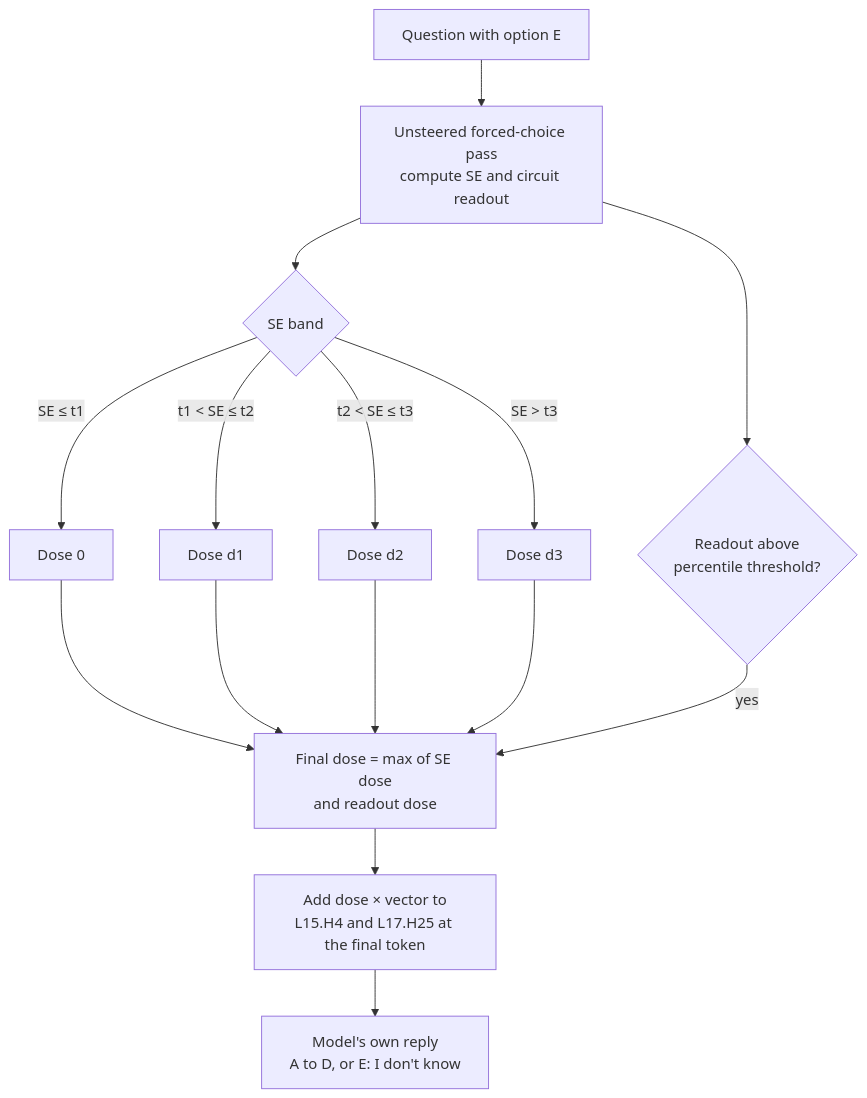
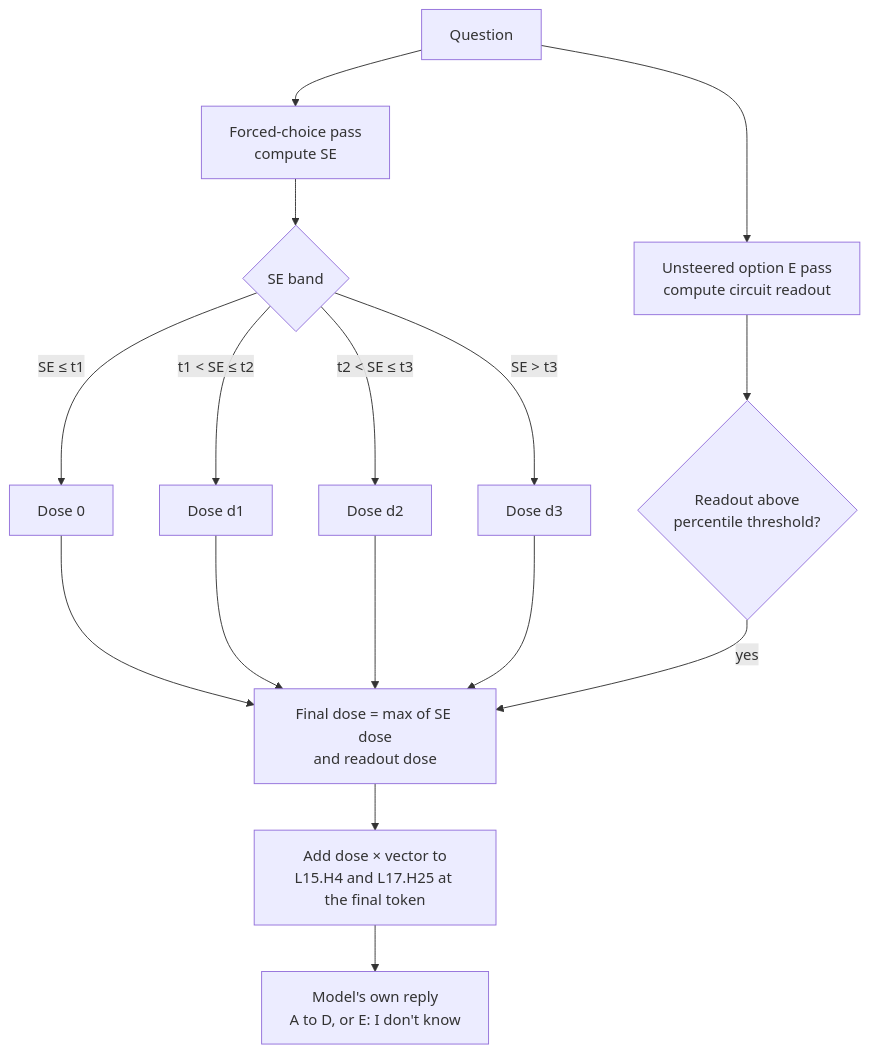
Before and after one commit to Feliren88/uncertainty-mech-interp: the sixth of 6 diagrams in docs/research/README.md, drawn with Mermaid. The commit also changed other lines of this file and 1 other file, not shown here.

````diff
--- a/docs/research/README.md
+++ b/docs/research/README.md
@@ -181,17 +306,18 @@
 ```mermaid
 flowchart TD
-    Q["Question with option E"] --> U["Unsteered forced-choice pass<br/>compute SE and circuit readout"]
+    Q["Question"] --> U["Forced-choice pass<br/>compute SE"]
+    Q --> UR["Unsteered option E pass<br/>compute circuit readout"]
     U --> T{"SE band"}
     T -- "SE ≤ t1" --> D0["Dose 0"]
     T -- "t1 < SE ≤ t2" --> D1["Dose d1"]
     T -- "t2 < SE ≤ t3" --> D2["Dose d2"]
     T -- "SE > t3" --> D3["Dose d3"]
-    U --> RO{"Readout above<br/>percentile threshold?"}
+    UR --> RO{"Readout above<br/>percentile threshold?"}
     D0 --> MX["Final dose = max of SE dose<br/>and readout dose"]
     D1 --> MX
     D2 --> MX
     D3 --> MX
     RO -- "yes" --> MX
     MX --> ST["Add dose × vector to<br/>L15.H4 and L17.H25 at the final token"]
     ST --> OUT["Model's own reply<br/>A to D, or E: I don't know"]
 ```
````
